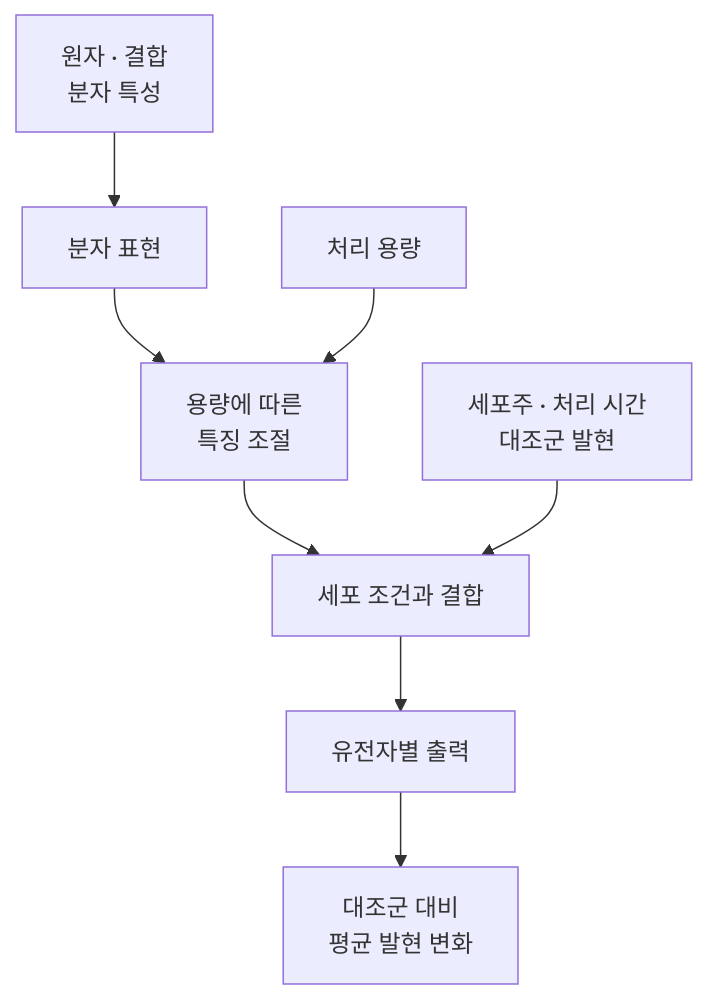
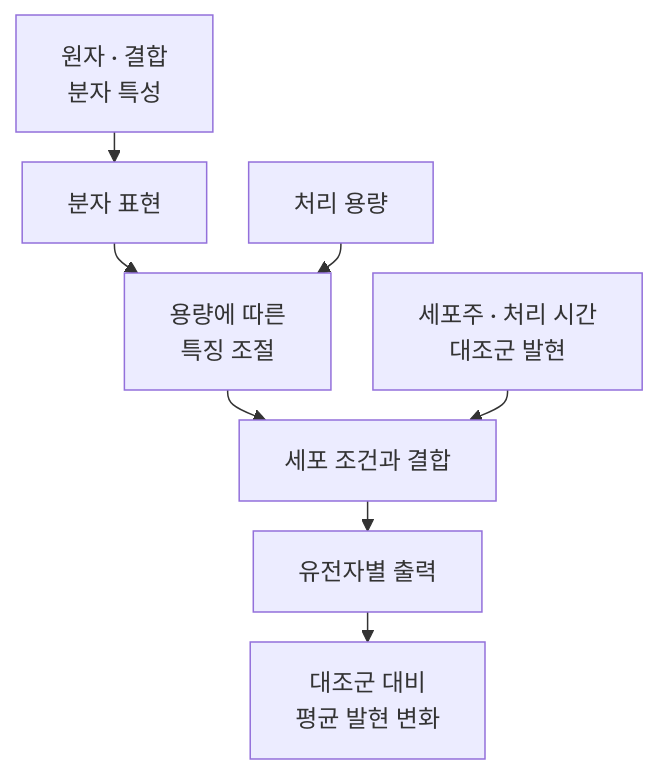
The diagram in projects/drug-response/MODEL.md (kkmmhh113/research-portfolio), drawn with Mermaid before and after one commit. The commit also changed 1 other file, not shown here.

Commit message:
Keep model diagrams readable with compact vertical spacing

````diff
--- a/projects/drug-response/MODEL.md
+++ b/projects/drug-response/MODEL.md
@@ -11,10 +11,11 @@
 ```mermaid
+%%{init: {"flowchart": {"rankSpacing": 20, "nodeSpacing": 28}}}%%
 flowchart TD
     A["원자 · 결합<br/>분자 특성"] --> P["분자 표현"]
     P --> D["용량에 따른<br/>특징 조절"]
     Dose["처리 용량"] --> D
     D --> C["세포 조건과 결합"]
     Context["세포주 · 처리 시간<br/>대조군 발현"] --> C
     C --> R["유전자별 출력"]
     R --> Y["대조군 대비<br/>평균 발현 변화"]
 ```
````
